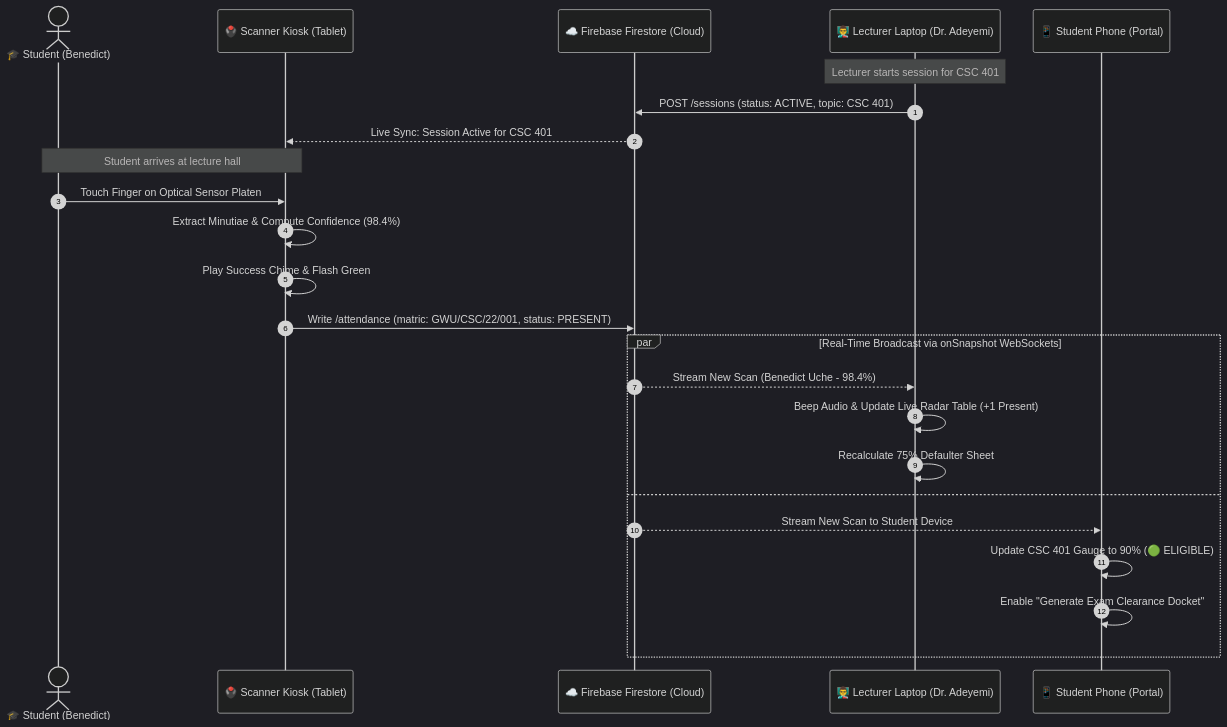
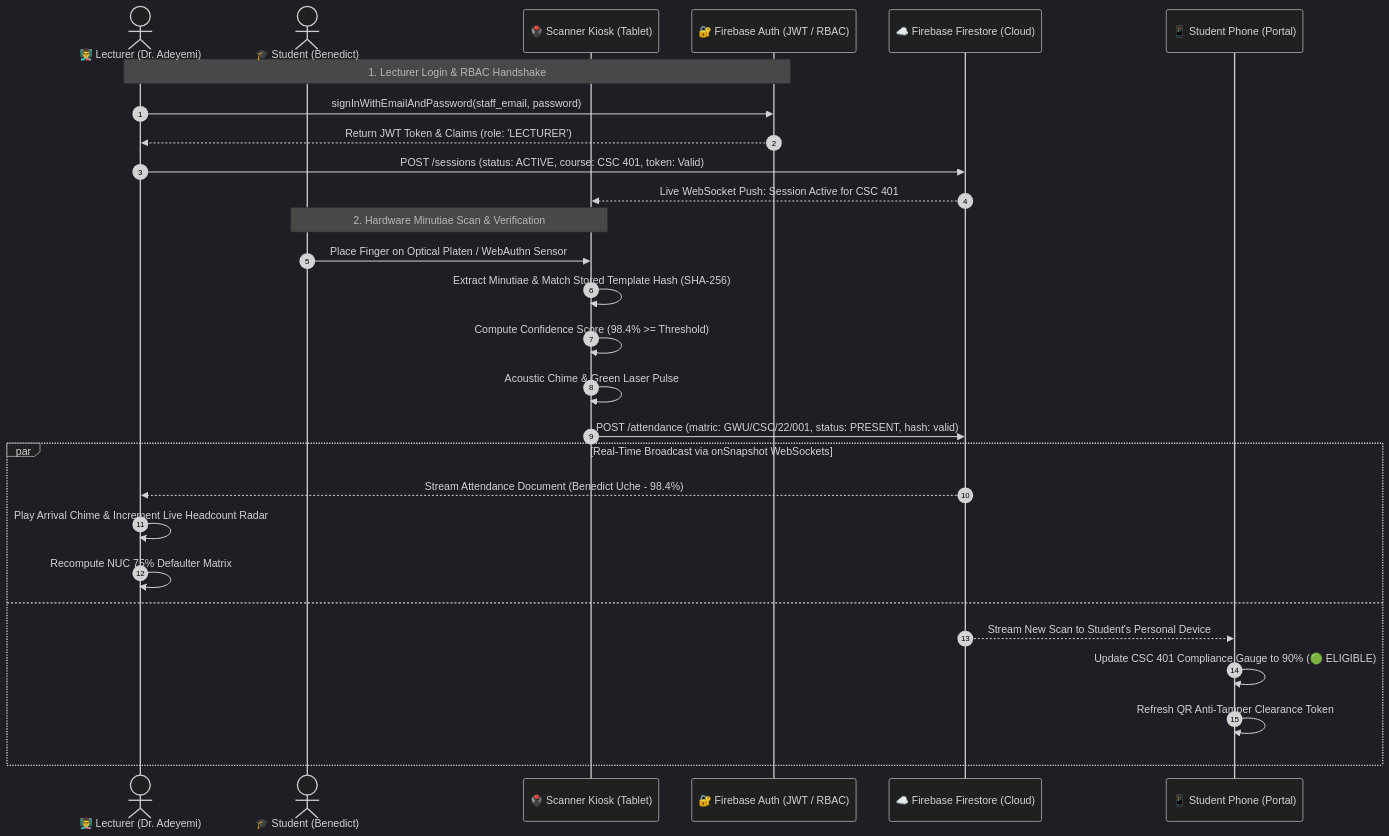
One commit to ndukwebenard-cyber/gwu-smartbio-attendance-system changed the diagram in diagrams/06_multi_device_sync_sequence.mmd. Above: the diagram before and after it, drawn with Mermaid (dark theme). The commit also changed 1 other file, not shown here.

Commit message:
Update Diagram 6 with Firebase Authentication, JWT verification, and RBAC sequence flow

```diff
--- a/diagrams/06_multi_device_sync_sequence.mmd
+++ b/diagrams/06_multi_device_sync_sequence.mmd
@@ -1,34 +1,42 @@
 sequenceDiagram
 %% ============================================================================
 %% GLOBAL WEALTH UNIVERSITY — SMARTBIO ATTENDANCE SYSTEM
-%% Real-Time Multi-Device Synchronization Sequence Diagram
+%% Real-Time Multi-Device Synchronization & Firebase Auth Sequence Diagram
 %% Open in https://mermaid.live
 %% ============================================================================
 
     autonumber
+    actor Lecturer as 👨‍🏫 Lecturer (Dr. Adeyemi)
     actor Student as 🎓 Student (Benedict)
     participant Kiosk as 🖲️ Scanner Kiosk (Tablet)
+    participant Auth as 🔐 Firebase Auth (JWT / RBAC)
     participant Cloud as ☁️ Firebase Firestore (Cloud)
-    participant Lecturer as 👨‍🏫 Lecturer Laptop (Dr. Adeyemi)
     participant Mobile as 📱 Student Phone (Portal)
 
-    Note over Lecturer: Lecturer starts session for CSC 401
-    Lecturer->>Cloud: POST /sessions (status: ACTIVE, topic: CSC 401)
-    Cloud-->>Kiosk: Live Sync: Session Active for CSC 401
+    %% 1. Lecturer Authentication & Session Start
+    Note over Lecturer, Auth: 1. Lecturer Login & RBAC Handshake
+    Lecturer->>Auth: signInWithEmailAndPassword(staff_email, password)
+    Auth-->>Lecturer: Return JWT Token & Claims (role: 'LECTURER')
+    Lecturer->>Cloud: POST /sessions (status: ACTIVE, course: CSC 401, token: Valid)
+    Cloud-->>Kiosk: Live WebSocket Push: Session Active for CSC 401
 
-    Note over Student, Kiosk: Student arrives at lecture hall
-    Student->>Kiosk: Touch Finger on Optical Sensor Platen
-    Kiosk->>Kiosk: Extract Minutiae & Compute Confidence (98.4%)
-    Kiosk->>Kiosk: Play Success Chime & Flash Green
+    %% 2. Student Biometric Check-In
+    Note over Student, Kiosk: 2. Hardware Minutiae Scan & Verification
+    Student->>Kiosk: Place Finger on Optical Platen / WebAuthn Sensor
+    Kiosk->>Kiosk: Extract Minutiae & Match Stored Template Hash (SHA-256)
+    Kiosk->>Kiosk: Compute Confidence Score (98.4% >= Threshold)
+    Kiosk->>Kiosk: Acoustic Chime & Green Laser Pulse
     
-    Kiosk->>Cloud: Write /attendance (matric: GWU/CSC/22/001, status: PRESENT)
+    %% 3. Secure Cloud Write
+    Kiosk->>Cloud: POST /attendance (matric: GWU/CSC/22/001, status: PRESENT, hash: valid)
     
+    %% 4. Real-Time Multi-Device Broadcast
     par Real-Time Broadcast via onSnapshot WebSockets
-        Cloud-->>Lecturer: Stream New Scan (Benedict Uche - 98.4%)
-        Lecturer->>Lecturer: Beep Audio & Update Live Radar Table (+1 Present)
-        Lecturer->>Lecturer: Recalculate 75% Defaulter Sheet
+        Cloud-->>Lecturer: Stream Attendance Document (Benedict Uche - 98.4%)
+        Lecturer->>Lecturer: Play Arrival Chime & Increment Live Headcount Radar
+        Lecturer->>Lecturer: Recompute NUC 75% Defaulter Matrix
     and
-        Cloud-->>Mobile: Stream New Scan to Student Device
-        Mobile->>Mobile: Update CSC 401 Gauge to 90% (🟢 ELIGIBLE)
-        Mobile->>Mobile: Enable "Generate Exam Clearance Docket"
+        Cloud-->>Mobile: Stream New Scan to Student's Personal Device
+        Mobile->>Mobile: Update CSC 401 Compliance Gauge to 90% (🟢 ELIGIBLE)
+        Mobile->>Mobile: Refresh QR Anti-Tamper Clearance Token
     end
```
